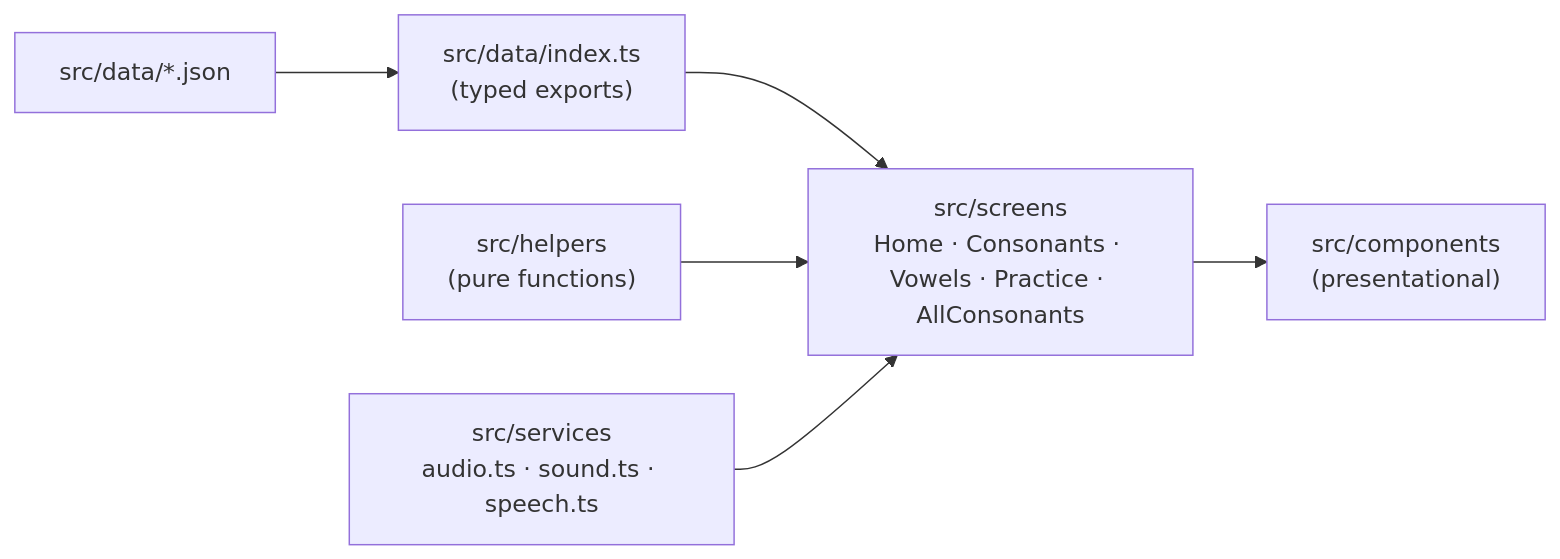
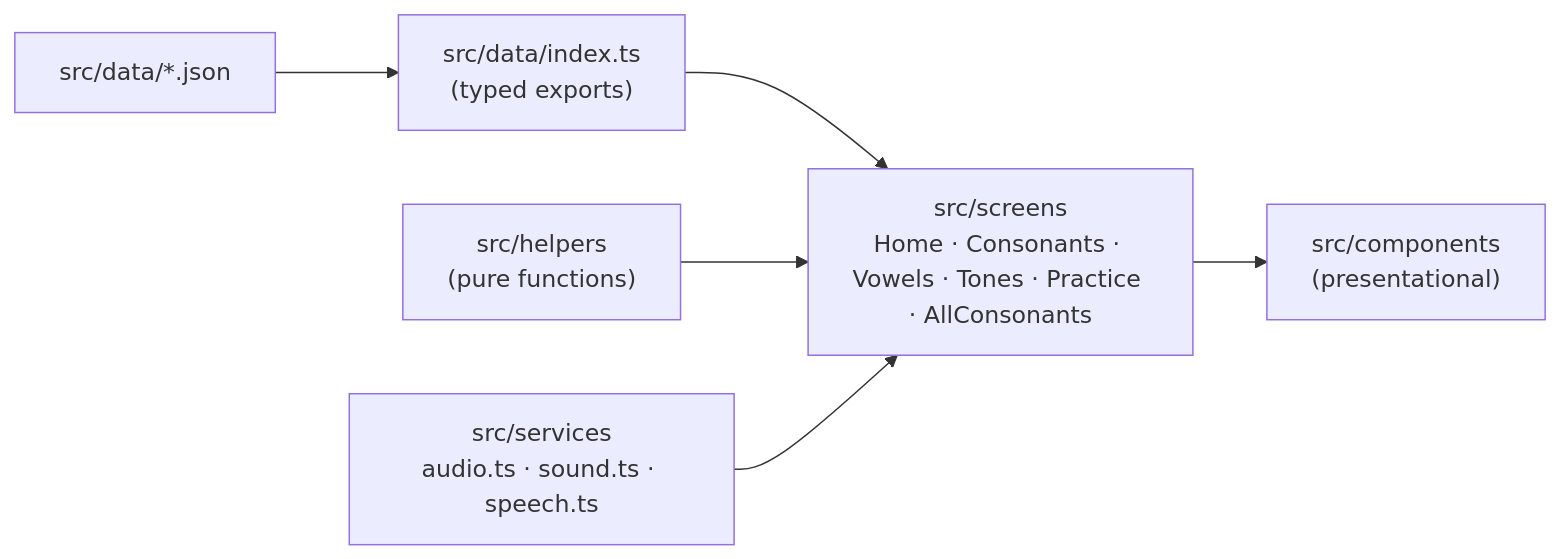
One commit to MinHan-Kyaw/thai-learning changed the first of 2 diagrams in docs/architecture.md. Above: the diagram before and after it, drawn with Mermaid. The commit also changed other lines of this file and 25 other files, not shown here.

````diff
--- a/docs/architecture.md
+++ b/docs/architecture.md
@@ -14,8 +14,8 @@
 ```mermaid
 flowchart LR
   JSON["src/data/*.json"] --> Loader["src/data/index.ts<br/>(typed exports)"]
   Loader --> Screens
   Helpers["src/helpers<br/>(pure functions)"] --> Screens
   Services["src/services<br/>audio.ts · sound.ts · speech.ts"] --> Screens
-  Screens["src/screens<br/>Home · Consonants · Vowels · Practice · AllConsonants"] --> Components["src/components<br/>(presentational)"]
+  Screens["src/screens<br/>Home · Consonants · Vowels · Tones · Practice · AllConsonants"] --> Components["src/components<br/>(presentational)"]
 ```
````
